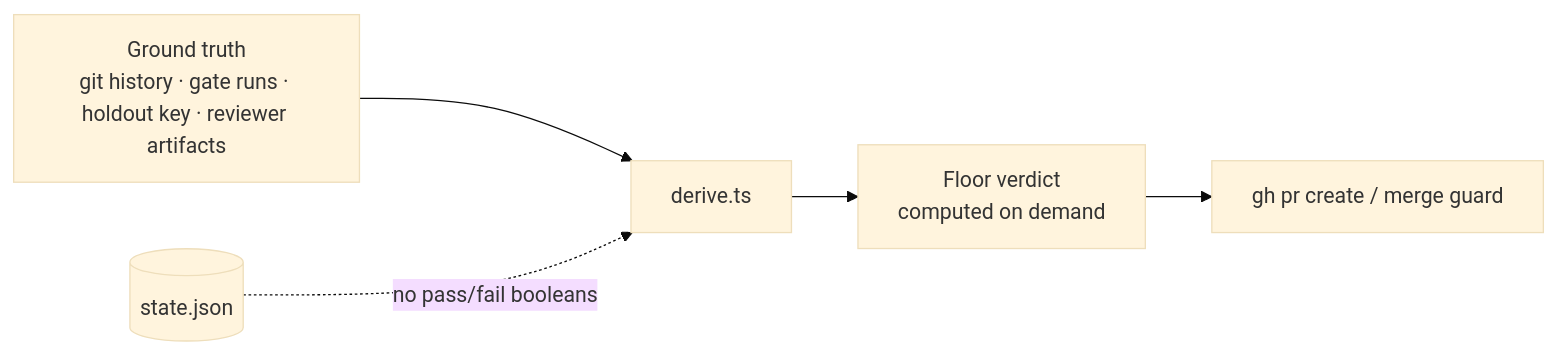
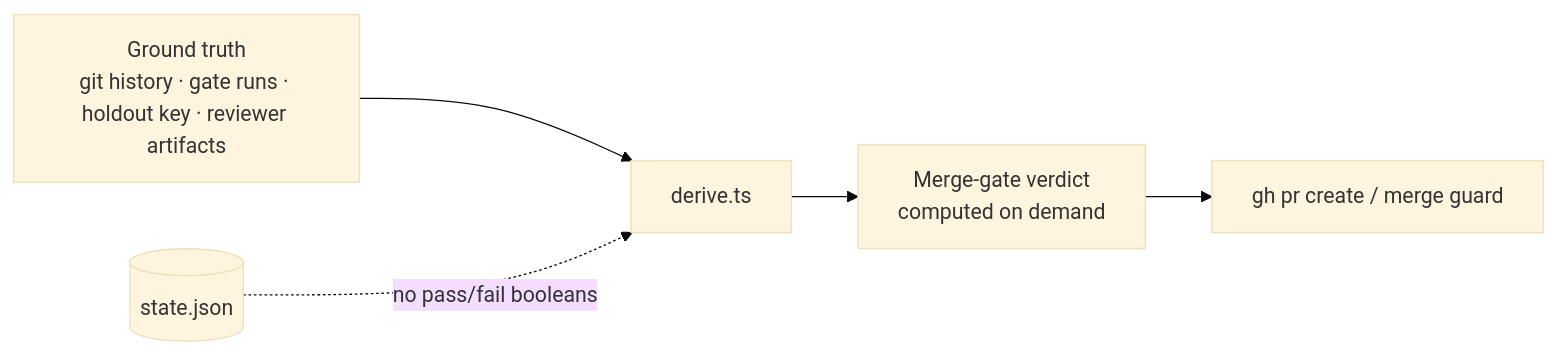
One commit to jfa94/factory changed the diagram in docs/explanation/derive-dont-store.md. Above: the diagram before and after it, drawn with Mermaid (base theme). The commit also changed other lines of this file and 56 other files, not shown here.

First line of the commit message:
refactor: rename "verifier floor" → "merge gate"

````diff
--- a/docs/explanation/derive-dont-store.md
+++ b/docs/explanation/derive-dont-store.md
@@ -17,7 +17,7 @@
 ```mermaid
 graph LR
   GT[Ground truth<br/>git history · gate runs · holdout key · reviewer artifacts] --> D[derive.ts]
-  D --> V[Floor verdict<br/>computed on demand]
+  D --> V[Merge-gate verdict<br/>computed on demand]
   V --> Gate[gh pr create / merge guard]
   State[(state.json)] -.->|no pass/fail booleans| D
 ```
````
